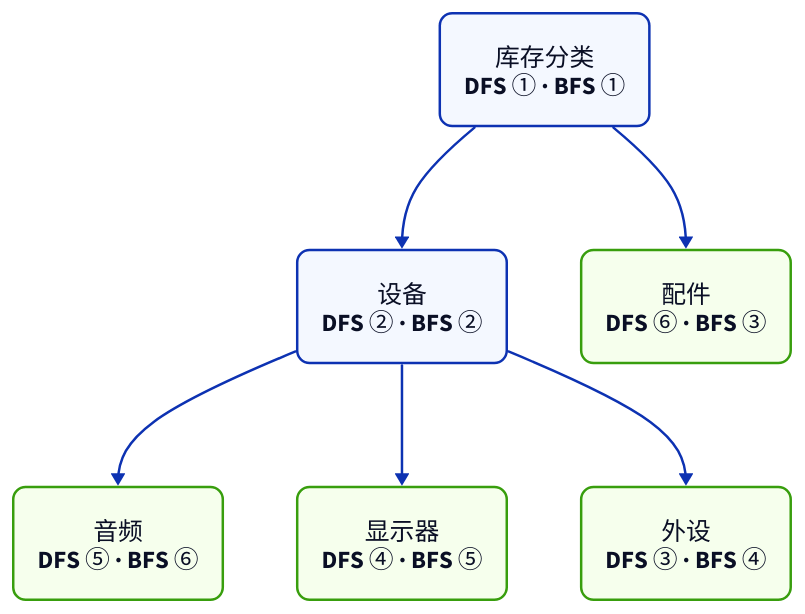
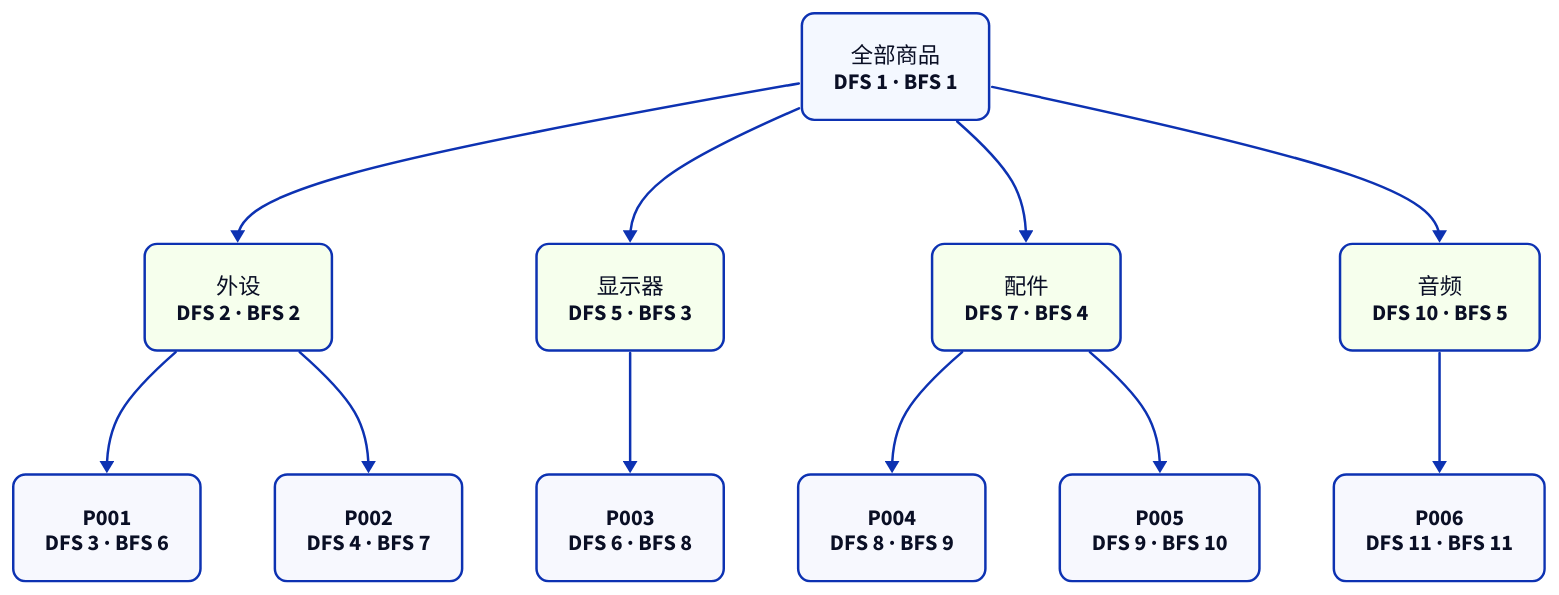
The diagram in diagrams/c10-category-traversal.d2 (socoo123/js_web), drawn with D2 before and after one commit. The commit also changed 245 other files, not shown here.

```diff
--- a/diagrams/c10-category-traversal.d2
+++ b/diagrams/c10-category-traversal.d2
@@ -1,35 +1,27 @@
-# 箭头表示父子关系；节点上的两组序号表示从左到右的访问顺序。
+# 与库存工作区的 buildCategoryTree 使用相同的六商品与四分类。
+# 节点序号表示 children 数组顺序下的 DFS / BFS 访问次序。
 direction: down
+**.style.font-size: 18
+**.style.border-radius: 10
 
-**.style.font-size: 20
-**.style.border-radius: 10
-(** -> **)[*].style.font-size: 18
-
-root: 库存分类\nDFS ① · BFS ① {
-  style.fill: "#f4f8ff"
-}
-equipment: 设备\nDFS ② · BFS ② {
-  style.fill: "#f4f8ff"
-}
-accessories: 配件\nDFS ⑥ · BFS ③ {
-  style.fill: "#f6ffed"
-  style.stroke: "#389e0d"
-}
-peripherals: 外设\nDFS ③ · BFS ④ {
-  style.fill: "#f6ffed"
-  style.stroke: "#389e0d"
-}
-screens: 显示器\nDFS ④ · BFS ⑤ {
-  style.fill: "#f6ffed"
-  style.stroke: "#389e0d"
-}
-audio: 音频\nDFS ⑤ · BFS ⑥ {
-  style.fill: "#f6ffed"
-  style.stroke: "#389e0d"
-}
-
+root: 全部商品\nDFS 1 · BFS 1 { style.fill: "#f4f8ff" }
+peripherals: 外设\nDFS 2 · BFS 2 { style.fill: "#f6ffed" }
+displays: 显示器\nDFS 5 · BFS 3 { style.fill: "#f6ffed" }
+accessories: 配件\nDFS 7 · BFS 4 { style.fill: "#f6ffed" }
+audio: 音频\nDFS 10 · BFS 5 { style.fill: "#f6ffed" }
+p001: P001\nDFS 3 · BFS 6
+p002: P002\nDFS 4 · BFS 7
+p003: P003\nDFS 6 · BFS 8
+p004: P004\nDFS 8 · BFS 9
+p005: P005\nDFS 9 · BFS 10
+p006: P006\nDFS 11 · BFS 11
+root -> peripherals
+root -> displays
 root -> accessories
-root -> equipment
-equipment -> audio
-equipment -> screens
-equipment -> peripherals
+root -> audio
+peripherals -> p001
+peripherals -> p002
+displays -> p003
+accessories -> p004
+accessories -> p005
+audio -> p006
```
